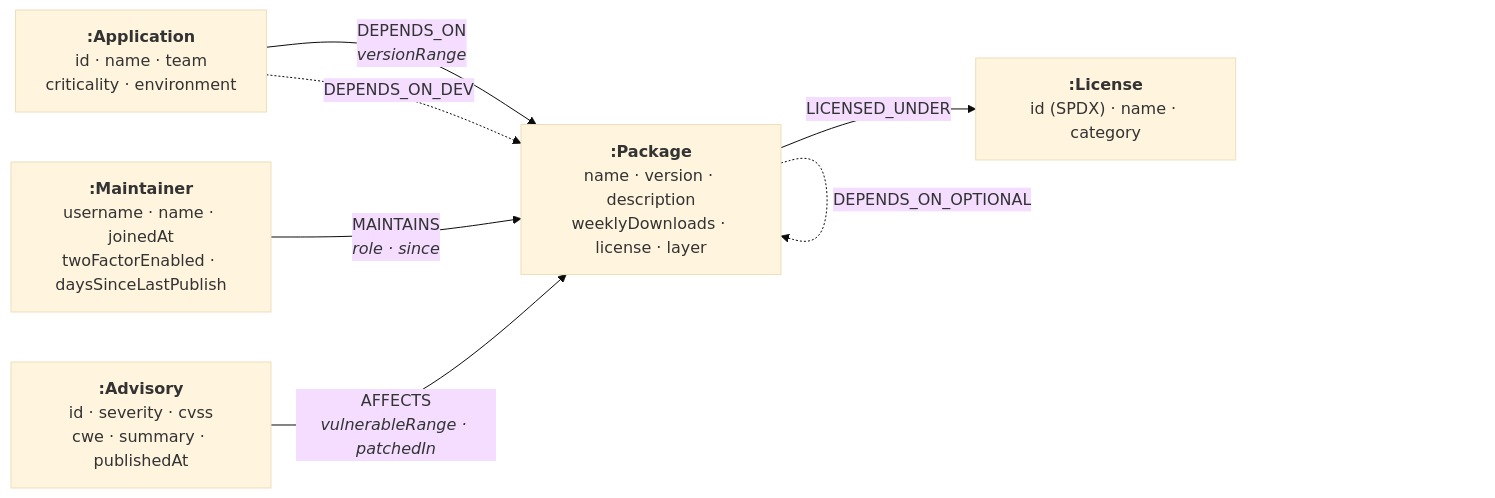
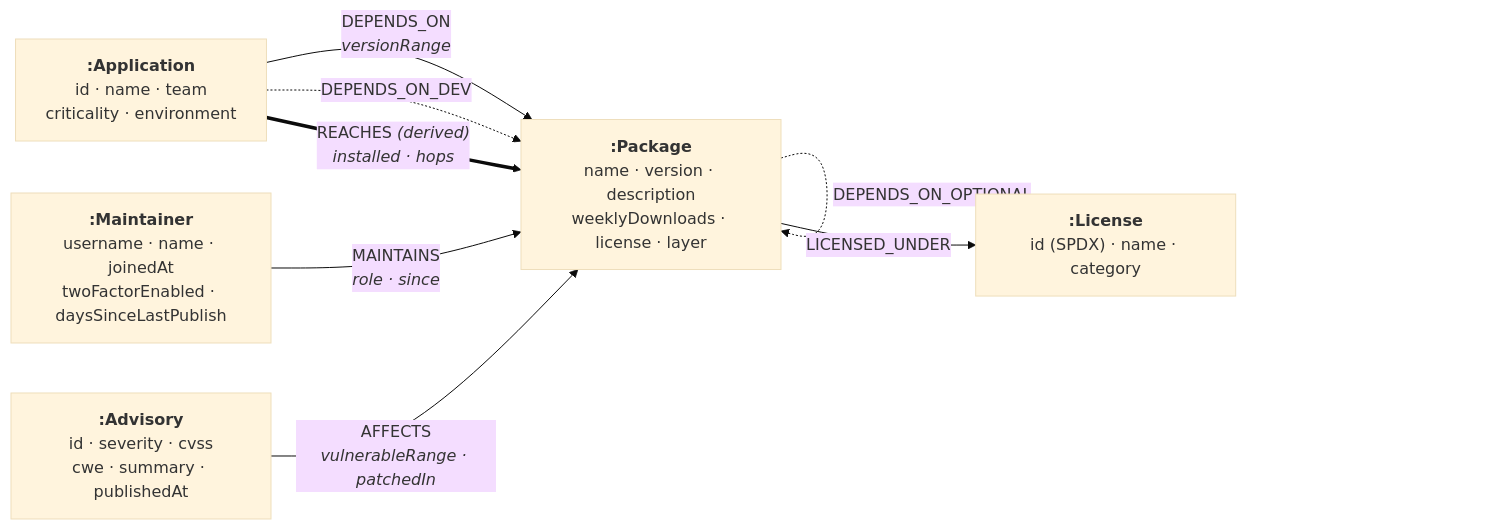
Before and after one commit to rahulkumar8360/cognodb-supply-chain: the diagram in README.md, drawn with Mermaid (base theme). The commit also changed other lines of this file and 9 other files, not shown here.

````diff
--- a/README.md
+++ b/README.md
@@ -82,16 +82,17 @@
 ```mermaid
 graph LR
   App["<b>:Application</b><br/>id · name · team<br/>criticality · environment"]
   Pkg["<b>:Package</b><br/>name · version · description<br/>weeklyDownloads · license · layer"]
   Mnt["<b>:Maintainer</b><br/>username · name · joinedAt<br/>twoFactorEnabled · daysSinceLastPublish"]
   Adv["<b>:Advisory</b><br/>id · severity · cvss<br/>cwe · summary · publishedAt"]
   Lic["<b>:License</b><br/>id (SPDX) · name · category"]
 
   App -->|"DEPENDS_ON<br/><i>versionRange</i>"| Pkg
   App -.->|"DEPENDS_ON_DEV"| Pkg
   Pkg -->|"DEPENDS_ON<br/><i>versionRange</i>"| Pkg
   Pkg -.->|"DEPENDS_ON_OPTIONAL"| Pkg
   Mnt -->|"MAINTAINS<br/><i>role · since</i>"| Pkg
   Adv -->|"AFFECTS<br/><i>vulnerableRange · patchedIn</i>"| Pkg
   Pkg -->|"LICENSED_UNDER"| Lic
+  App ==>|"REACHES <i>(derived)</i><br/><i>installed · hops</i>"| Pkg
 ```
````
